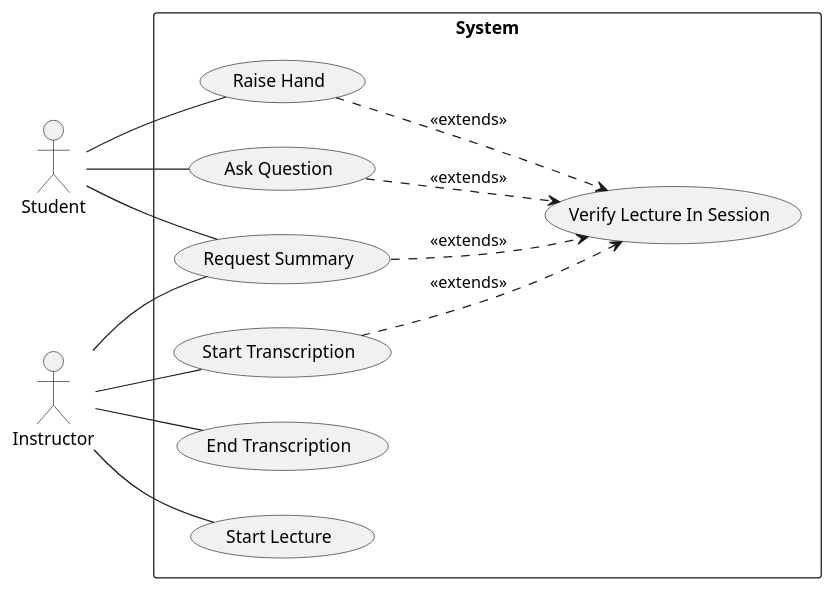
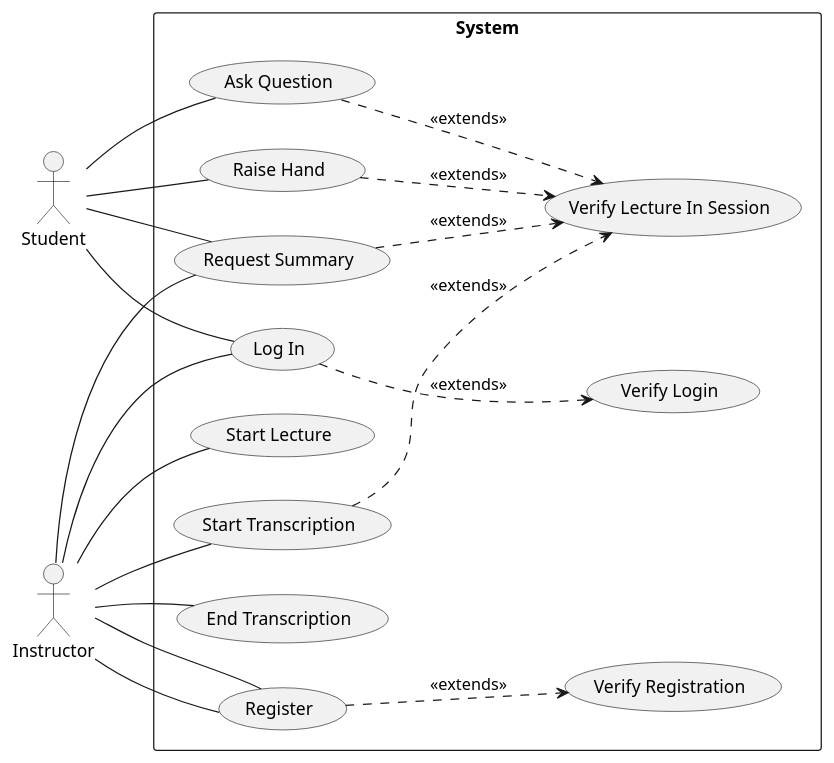
Before and after one commit to erikasalter/AI-Hear-You: the diagram in project_descriptions/use_case.puml, drawn with PlantUML. The commit also changed 8 other files, not shown here.

```diff
--- a/project_descriptions/use_case.puml
+++ b/project_descriptions/use_case.puml
@@ -1,35 +1,46 @@
 @startuml "Use Case Diagram"
 left to right direction
 
 Actor Student
 Actor Instructor
 
 rectangle "System" {
     "Verify Lecture In Session" as (inSession)
+    "Verify Login" as (isUsername)
+    "Verify Registration" as (isNotUsername)
+
+    "Log In" as (Login)
+    "Register" as (Register)
 
     "Start Lecture" as (Lecture)
 
     "Start Transcription" as (Start)
     "End Transcription" as (End)
     "Request Summary" as (Summary)
 
     "Ask Question" as (Ask)
     "Raise Hand" as (Raise)
 }
 
 Instructor -- Lecture
 Instructor -- Start
 Instructor -- End
 Instructor -- Summary
+Instructor -- Login
+Instructor -- Register
 
 Student -- Summary
 Student -- Ask
 Student -- Raise
+Student -- Login
+Instructor -- Register
 
 Start ..> inSession: <<extends>>
 Summary ..> inSession : <<extends>>
 Raise ..> inSession: <<extends>>
 Ask ..> inSession: <<extends>>
+Login ..> isUsername: <<extends>>
+Register ..> isNotUsername: <<extends>>
 
 
 @enduml
```
